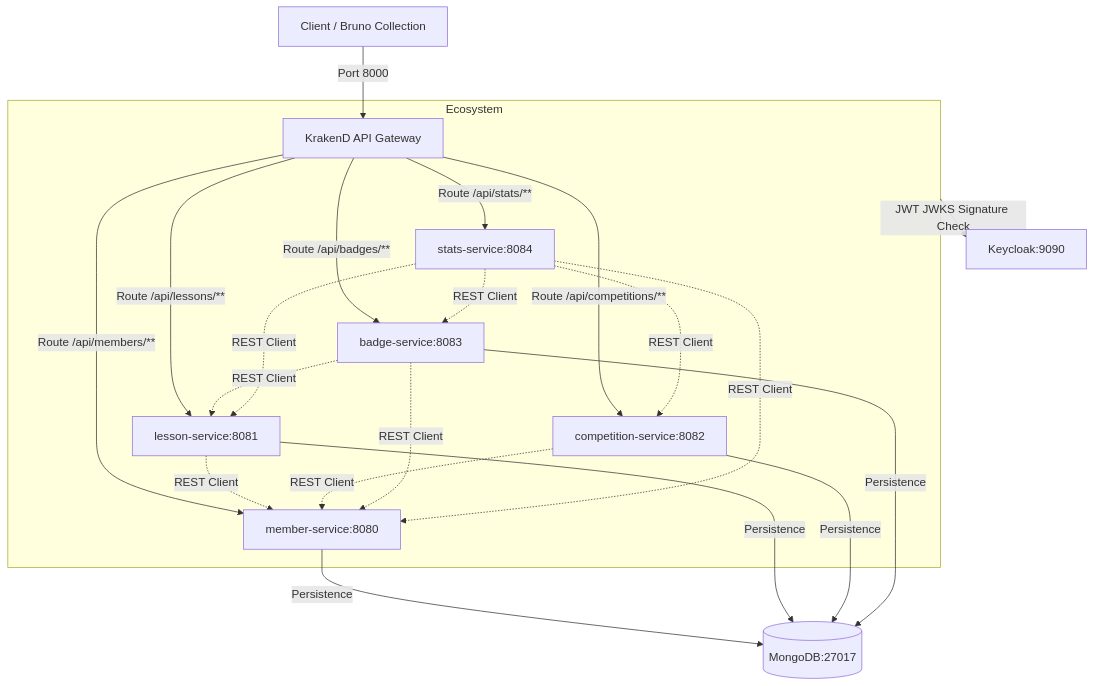
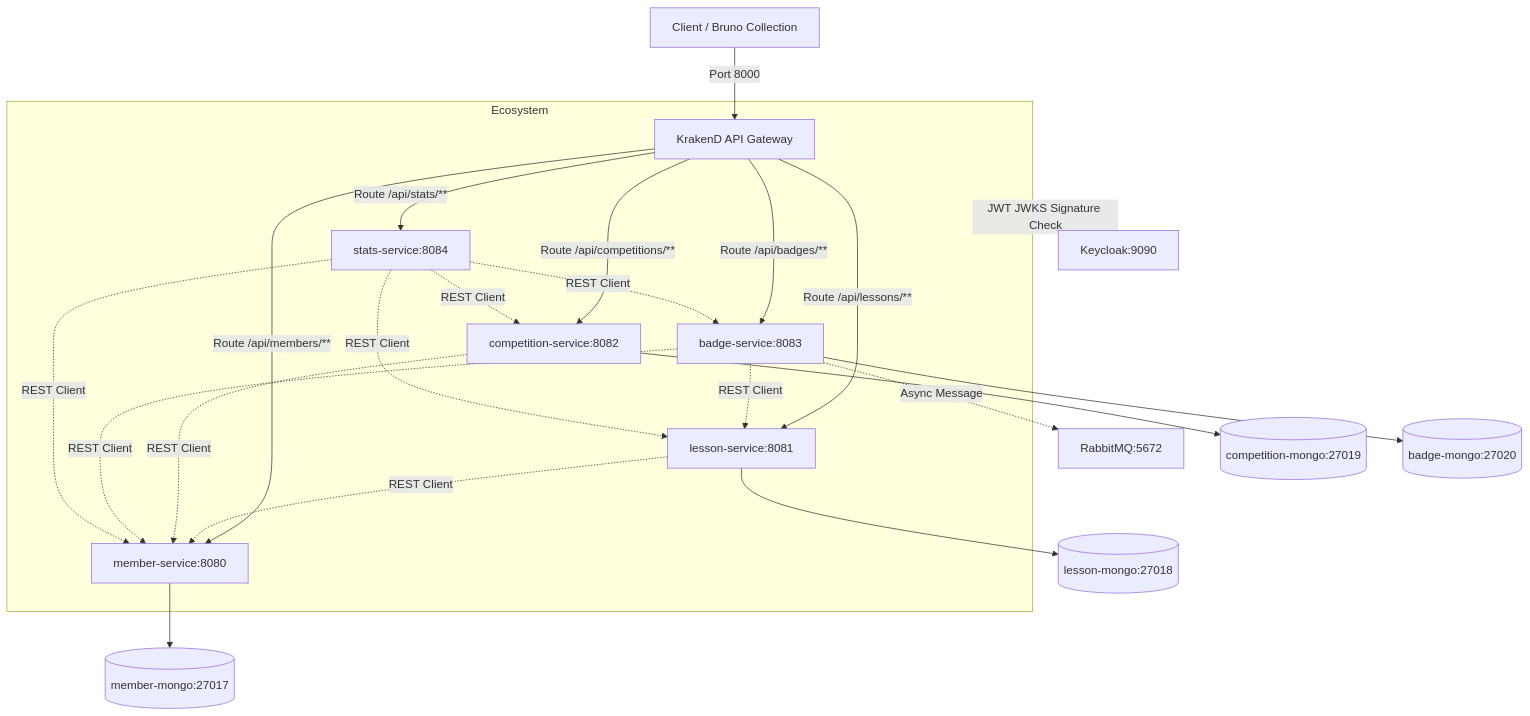
The first of 2 diagrams in README.md (guillaume-helg/Odoru), drawn with Mermaid before and after one commit. The commit also changed other lines of this file and 2 other files, not shown here.

Commit message:
refactor(infra): optimize architecture, split databases, and automate testing

````diff
--- a/README.md
+++ b/README.md
@@ -11,26 +19,31 @@
 ```mermaid
 graph TD
     Client[Client / Bruno Collection] -->|Port 8000| Gateway[KrakenD API Gateway]
     
     subgraph Core [Ecosystem]
         Gateway -->|Route /api/members/**| MS[member-service:8080]
         Gateway -->|Route /api/lessons/**| LS[lesson-service:8081]
         Gateway -->|Route /api/competitions/**| CS[competition-service:8082]
         Gateway -->|Route /api/badges/**| BS[badge-service:8083]
         Gateway -->|Route /api/stats/**| SS[stats-service:8084]
     end
     
     Core -->|JWT JWKS Signature Check| Keycloak[Keycloak:9090]
     
+    BS -.->|Async Message| RabbitMQ[RabbitMQ:5672]
+    
     LS -.->|REST Client| MS
     CS -.->|REST Client| MS
     BS -.->|REST Client| MS
     BS -.->|REST Client| LS
     
     SS -.->|REST Client| MS
     SS -.->|REST Client| LS
     SS -.->|REST Client| CS
     SS -.->|REST Client| BS
     
-    MS & LS & CS & BS -->|Persistence| MongoDB[(MongoDB:27017)]
+    MS --> MDB[(member-mongo:27017)]
+    LS --> LDB[(lesson-mongo:27018)]
+    CS --> CDB[(competition-mongo:27019)]
+    BS --> BDB[(badge-mongo:27020)]
 ```
````
